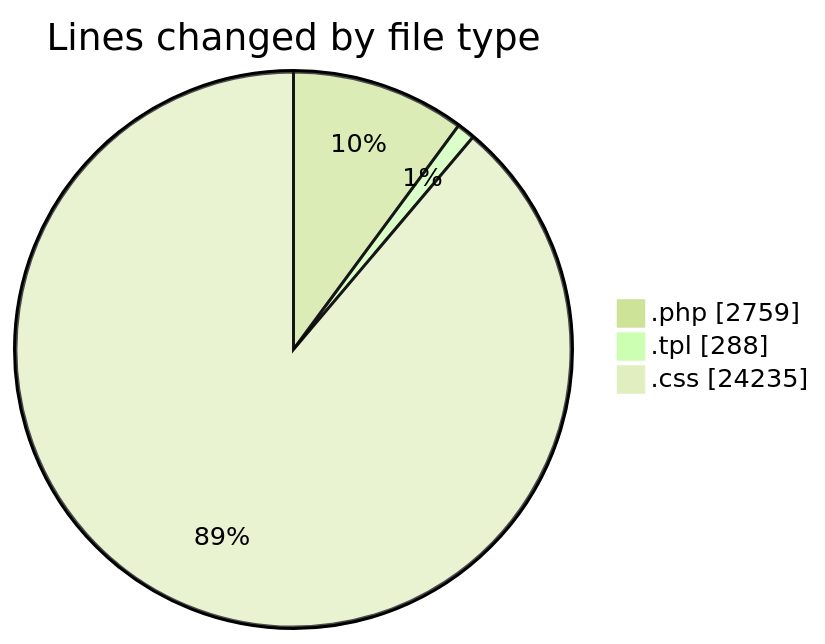
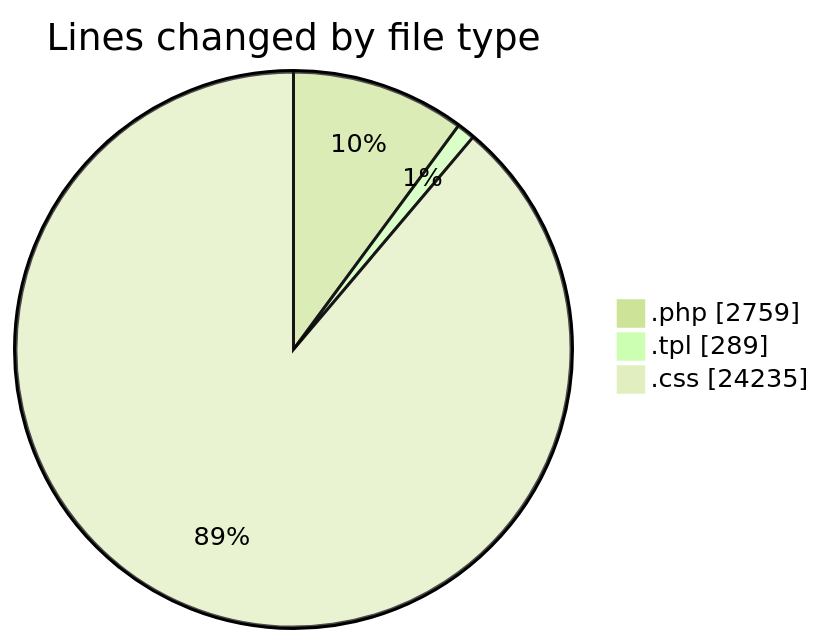
The first of 2 diagrams in 2025-04-18/zeytoon/README.md (vahidmafi/code-tracking), drawn with Mermaid (forest theme) before and after one commit. The commit also changed other lines of this file and 1 other file, not shown here.

````diff
--- a/2025-04-18/zeytoon/README.md
+++ b/2025-04-18/zeytoon/README.md
@@ -25,7 +25,7 @@
 ```mermaid
 pie showData
 title Lines changed by file type
 ".php" : 2759
-".tpl" : 288
+".tpl" : 289
 ".css" : 24235
 ```
````
